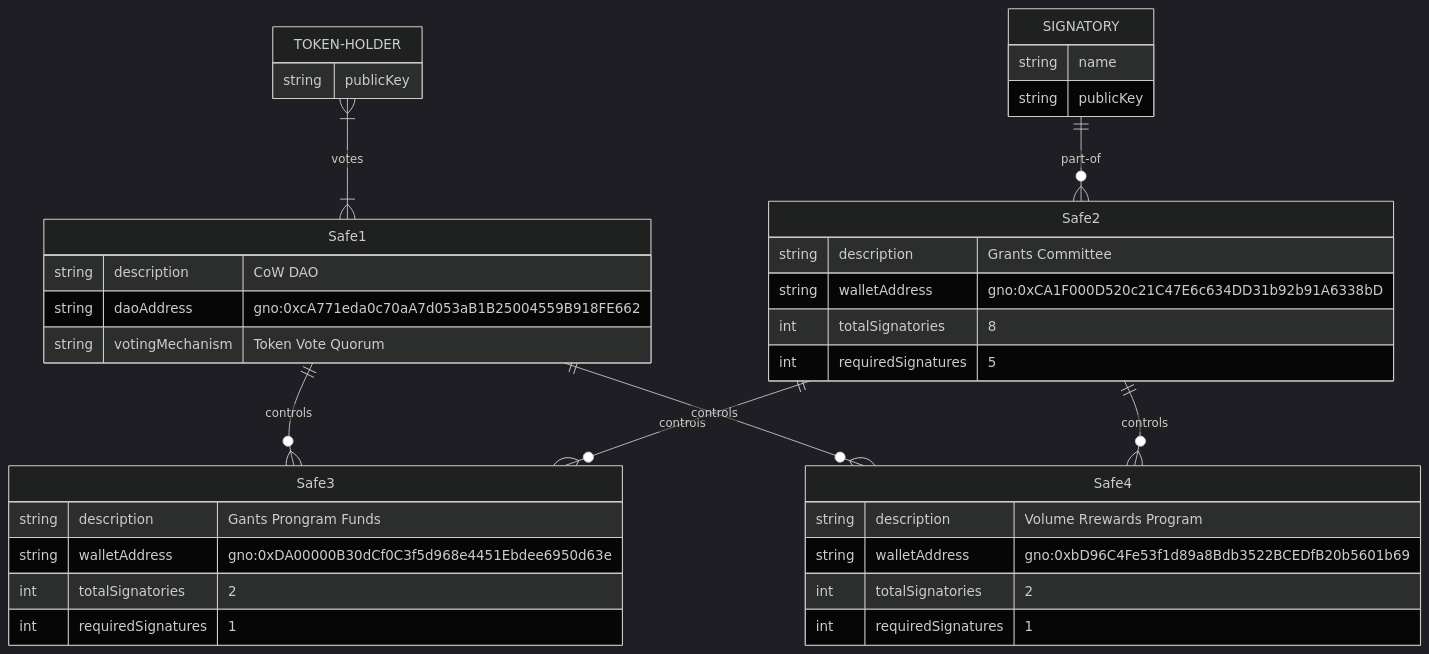
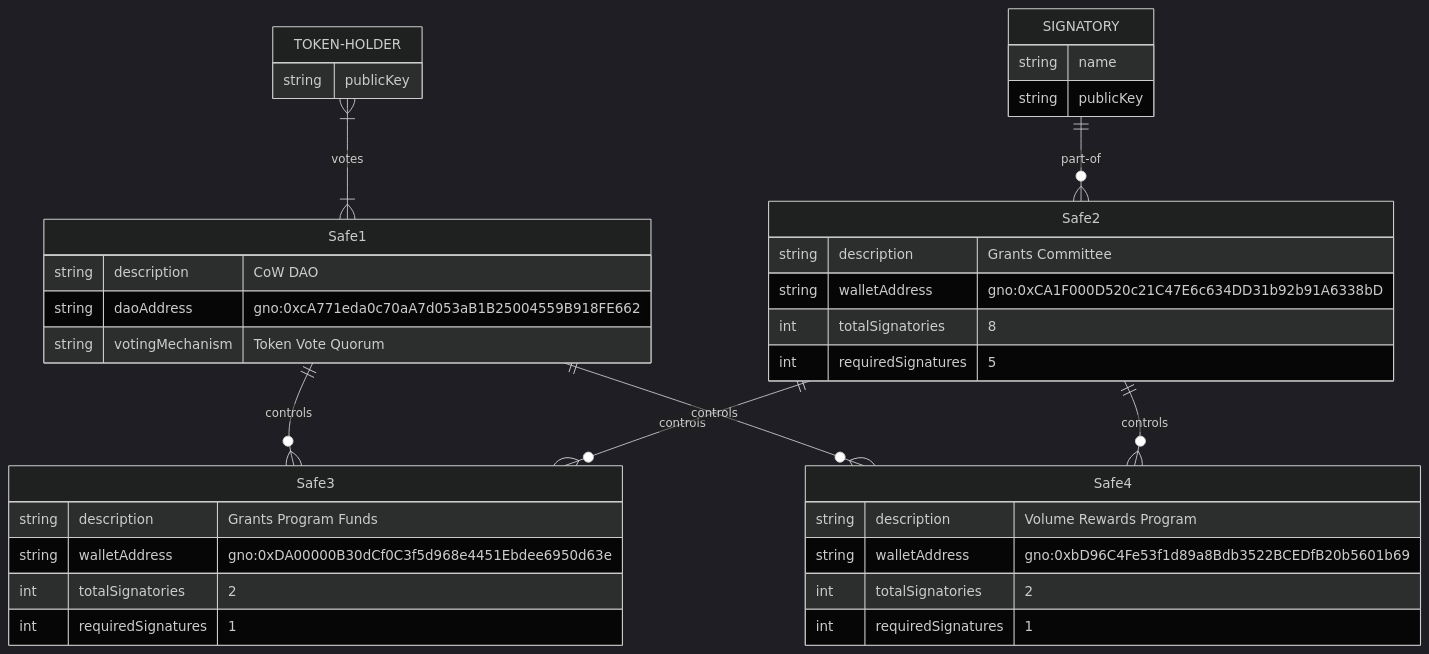
Before and after one commit to cowprotocol/docs: the diagram in docs/governance/grants/grants-program.md, drawn with Mermaid (dark theme).

Commit message:
Update grants-program.md
fix typos

````diff
--- a/docs/governance/grants/grants-program.md
+++ b/docs/governance/grants/grants-program.md
@@ -78,40 +78,40 @@
 ```mermaid
 erDiagram
     Safe1 ||--o{ Safe3 : controls
     Safe2 ||--o{ Safe3 : controls
     Safe1 ||--o{ Safe4 : controls
     Safe2 ||--o{ Safe4 : controls
     TOKEN-HOLDER }|--|{ Safe1 : votes
     SIGNATORY ||--o{ Safe2 : part-of
 
     Safe1 {
         string description "CoW DAO"
         string daoAddress "gno:0xcA771eda0c70aA7d053aB1B25004559B918FE662"
         string votingMechanism "Token Vote Quorum"
     }
     Safe2 {
         string description "Grants Committee"
         string walletAddress "gno:0xCA1F000D520c21C47E6c634DD31b92b91A6338bD"
         int totalSignatories "8"
         int requiredSignatures "5"
     }
     Safe3 {
-        string description "Gants Prongram Funds"
+        string description "Grants Program Funds"
         string walletAddress "gno:0xDA00000B30dCf0C3f5d968e4451Ebdee6950d63e"
         int totalSignatories "2"
         int requiredSignatures "1"
     }
     Safe4 {
-        string description "Volume Rrewards Program"
+        string description "Volume Rewards Program"
         string walletAddress "gno:0xbD96C4Fe53f1d89a8Bdb3522BCEDfB20b5601b69"
         int totalSignatories "2"
         int requiredSignatures "1"
     }
     TOKEN-HOLDER {
         string publicKey
     }
     SIGNATORY {
         string name
         string publicKey
     }
 ```
````
